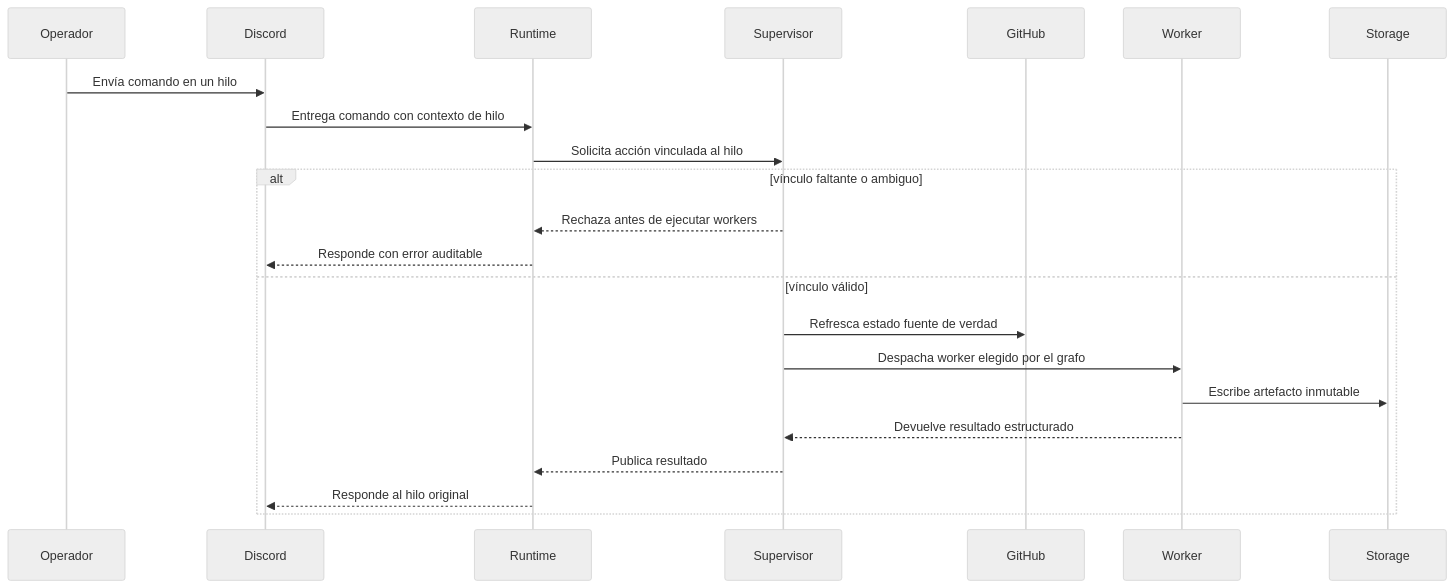
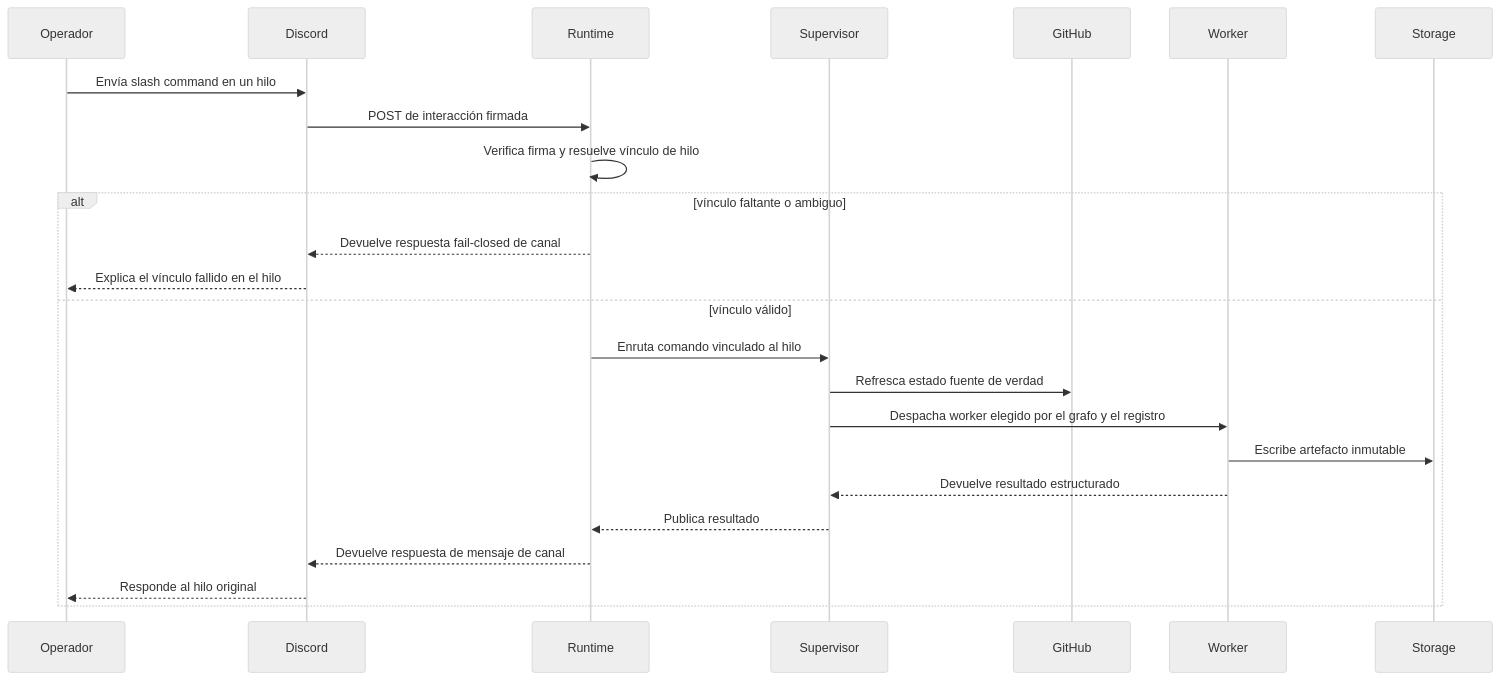
The diagram in site/guide-docs/es/guides/operator-workflows.md (VannaDii/ironloom), drawn with Mermaid (neutral theme) before and after one commit. The commit also changed 73 other files, not shown here.

````diff
--- a/site/guide-docs/es/guides/operator-workflows.md
+++ b/site/guide-docs/es/guides/operator-workflows.md
@@ -7,24 +7,26 @@
 ```mermaid
 sequenceDiagram
   participant Operator as Operador
   participant Discord as Discord
   participant Runtime as Runtime
   participant Supervisor as Supervisor
   participant GitHub as GitHub
   participant Worker as Worker
   participant Storage as Storage
-  Operator->>Discord: Envía comando en un hilo
-  Discord->>Runtime: Entrega comando con contexto de hilo
-  Runtime->>Supervisor: Solicita acción vinculada al hilo
+  Operator->>Discord: Envía slash command en un hilo
+  Discord->>Runtime: POST de interacción firmada
+  Runtime->>Runtime: Verifica firma y resuelve vínculo de hilo
   alt vínculo faltante o ambiguo
-    Supervisor-->>Runtime: Rechaza antes de ejecutar workers
-    Runtime-->>Discord: Responde con error auditable
+    Runtime-->>Discord: Devuelve respuesta fail-closed de canal
+    Discord-->>Operator: Explica el vínculo fallido en el hilo
   else vínculo válido
+    Runtime->>Supervisor: Enruta comando vinculado al hilo
     Supervisor->>GitHub: Refresca estado fuente de verdad
-    Supervisor->>Worker: Despacha worker elegido por el grafo
+    Supervisor->>Worker: Despacha worker elegido por el grafo y el registro
     Worker->>Storage: Escribe artefacto inmutable
     Worker-->>Supervisor: Devuelve resultado estructurado
     Supervisor-->>Runtime: Publica resultado
-    Runtime-->>Discord: Responde al hilo original
+    Runtime-->>Discord: Devuelve respuesta de mensaje de canal
+    Discord-->>Operator: Responde al hilo original
   end
 ```
````
